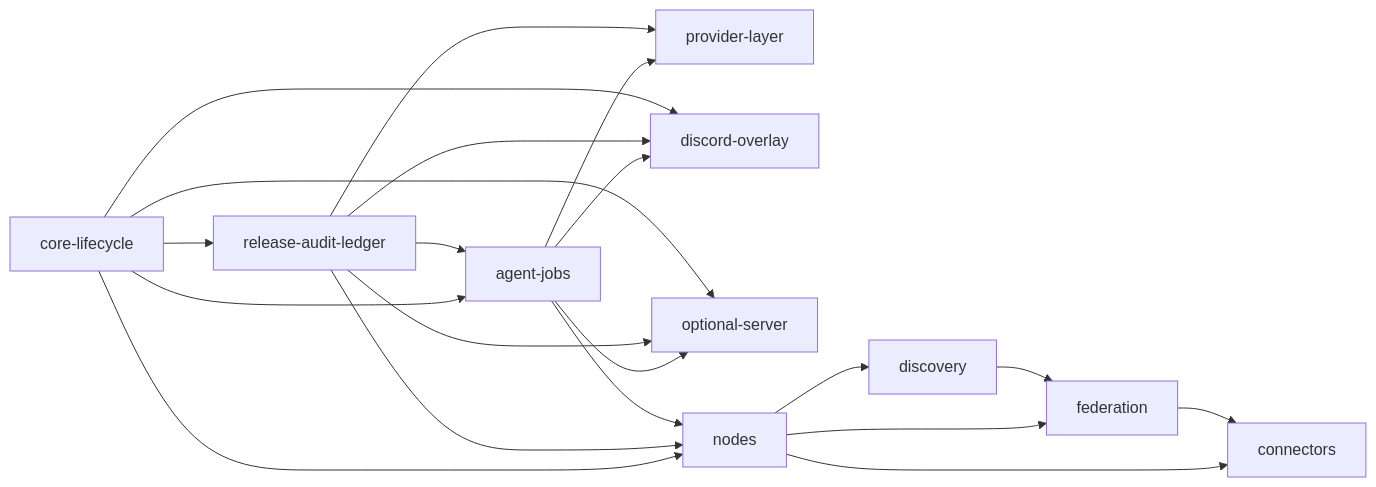
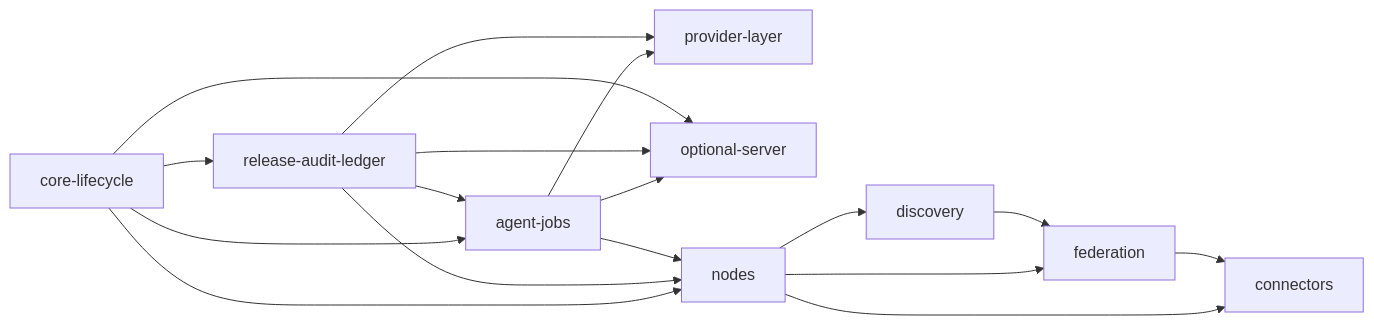
The diagram in docs/specifications/architecture/02_Core_Boundaries_and_Dependency_Rules.md (Audumla/AUDiaGentic), drawn with Mermaid before and after one commit. The commit also changed other lines of this file and 62 other files, not shown here.

````diff
--- a/docs/specifications/architecture/02_Core_Boundaries_and_Dependency_Rules.md
+++ b/docs/specifications/architecture/02_Core_Boundaries_and_Dependency_Rules.md
@@ -89,22 +88,19 @@
 ```mermaid
 flowchart LR
     L[core-lifecycle] --> R[release-audit-ledger]
     L --> J[agent-jobs]
     R --> J
     J --> P[provider-layer]
     R --> P
-    J --> D[discord-overlay]
-    R --> D
-    L --> D
     J --> S[optional-server]
     R --> S
     L --> S
     L --> N[nodes]
     R --> N
     J --> N
     N --> G[discovery]
     N --> F[federation]
     N --> C[connectors]
     G --> F
     F --> C
   ```
````
